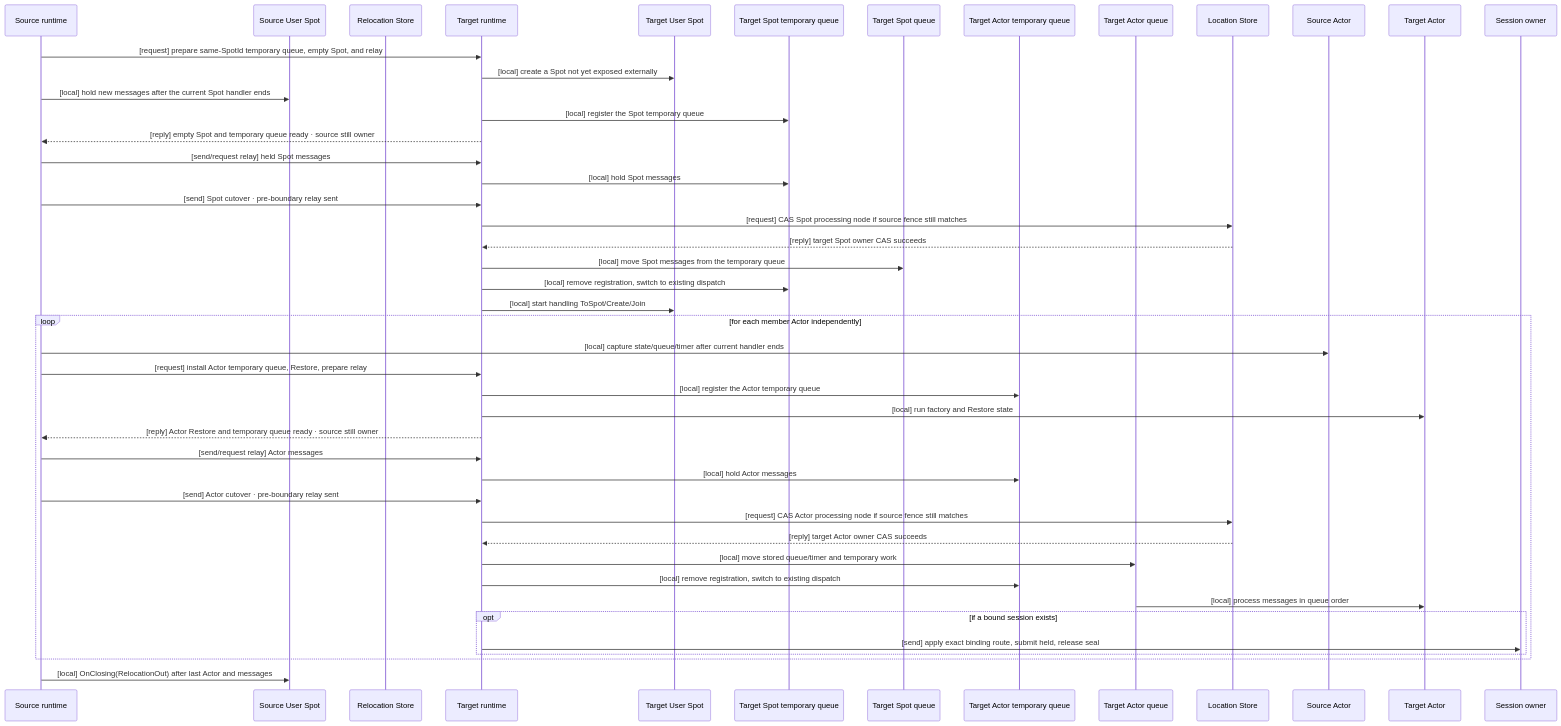
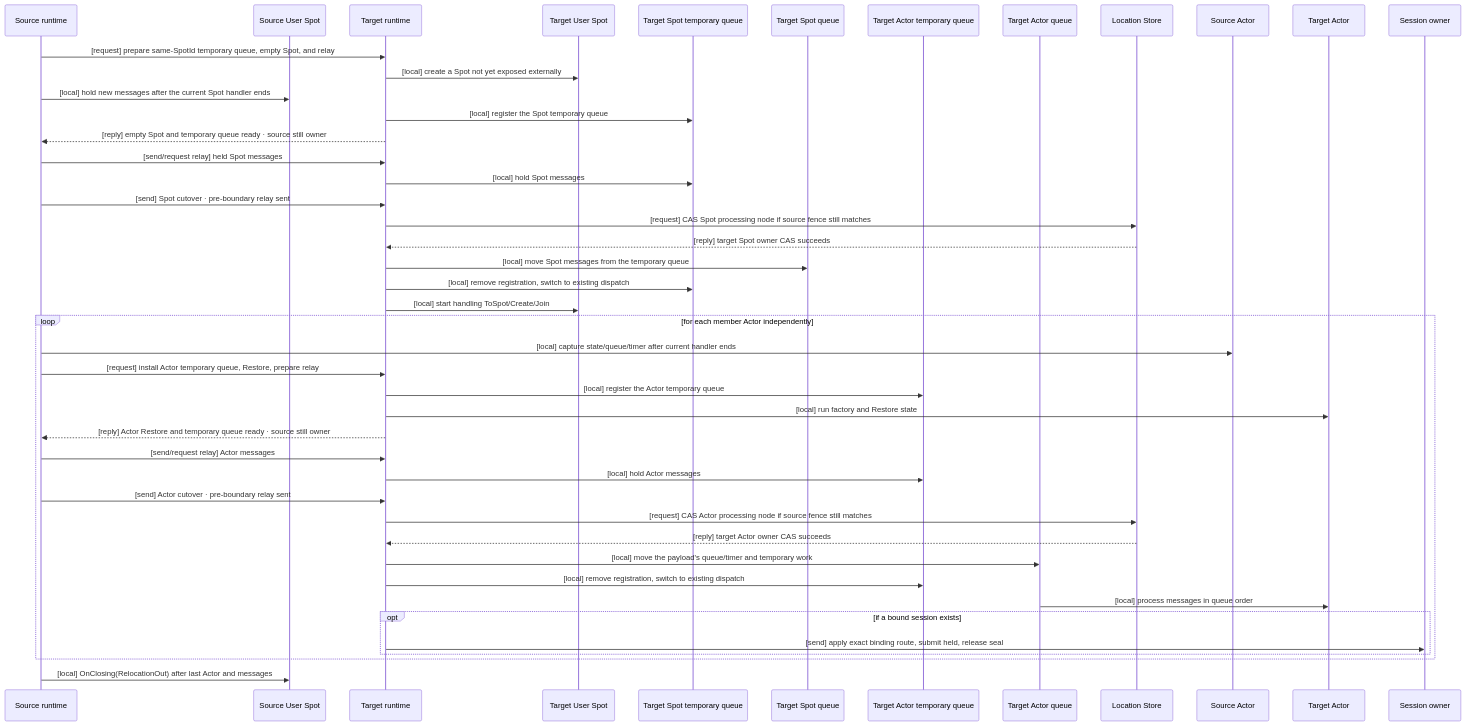
One commit to zlink-systems/zlink changed the sixth of 8 diagrams in framework/doc/framework/common/spec/server/30-host-relocation-flow.en.md. Above: the diagram before and after it, drawn with Mermaid. The commit also changed other lines of this file and 145 other files, not shown here.

````diff
--- a/framework/doc/framework/common/spec/server/30-host-relocation-flow.en.md
+++ b/framework/doc/framework/common/spec/server/30-host-relocation-flow.en.md
@@ -688,49 +765,48 @@
 ```mermaid
 sequenceDiagram
     participant SourceRuntime as Source runtime
     participant SourceSpot as Source User Spot
-    participant RelocationStore as Relocation Store
     participant TargetRuntime as Target runtime
     participant TargetSpot as Target User Spot
     participant TargetSpotTemp as Target Spot temporary queue
     participant TargetSpotQueue as Target Spot queue
     participant TargetActorTemp as Target Actor temporary queue
     participant TargetActorQueue as Target Actor queue
     participant LocationStore as Location Store
     participant SourceActor as Source Actor
     participant TargetActor as Target Actor
     participant SessionOwner as Session owner
 
     SourceRuntime->>TargetRuntime: [request] prepare same-SpotId temporary queue, empty Spot, and relay
     TargetRuntime->>TargetSpot: [local] create a Spot not yet exposed externally
     SourceRuntime->>SourceSpot: [local] hold new messages after the current Spot handler ends
     TargetRuntime->>TargetSpotTemp: [local] register the Spot temporary queue
     TargetRuntime-->>SourceRuntime: [reply] empty Spot and temporary queue ready · source still owner
     SourceRuntime->>TargetRuntime: [send/request relay] held Spot messages
     TargetRuntime->>TargetSpotTemp: [local] hold Spot messages
     SourceRuntime->>TargetRuntime: [send] Spot cutover · pre-boundary relay sent
     TargetRuntime->>LocationStore: [request] CAS Spot processing node if source fence still matches
     LocationStore-->>TargetRuntime: [reply] target Spot owner CAS succeeds
     TargetRuntime->>TargetSpotQueue: [local] move Spot messages from the temporary queue
     TargetRuntime->>TargetSpotTemp: [local] remove registration, switch to existing dispatch
     TargetRuntime->>TargetSpot: [local] start handling ToSpot/Create/Join
     loop for each member Actor independently
         SourceRuntime->>SourceActor: [local] capture state/queue/timer after current handler ends
         SourceRuntime->>TargetRuntime: [request] install Actor temporary queue, Restore, prepare relay
         TargetRuntime->>TargetActorTemp: [local] register the Actor temporary queue
         TargetRuntime->>TargetActor: [local] run factory and Restore state
         TargetRuntime-->>SourceRuntime: [reply] Actor Restore and temporary queue ready · source still owner
         SourceRuntime->>TargetRuntime: [send/request relay] Actor messages
         TargetRuntime->>TargetActorTemp: [local] hold Actor messages
         SourceRuntime->>TargetRuntime: [send] Actor cutover · pre-boundary relay sent
         TargetRuntime->>LocationStore: [request] CAS Actor processing node if source fence still matches
         LocationStore-->>TargetRuntime: [reply] target Actor owner CAS succeeds
-        TargetRuntime->>TargetActorQueue: [local] move stored queue/timer and temporary work
+        TargetRuntime->>TargetActorQueue: [local] move the payload's queue/timer and temporary work
         TargetRuntime->>TargetActorTemp: [local] remove registration, switch to existing dispatch
         TargetActorQueue->>TargetActor: [local] process messages in queue order
         opt if a bound session exists
             TargetRuntime->>SessionOwner: [send] apply exact binding route, submit held, release seal
         end
     end
     SourceRuntime->>SourceSpot: [local] OnClosing(RelocationOut) after last Actor and messages
 ```
````
